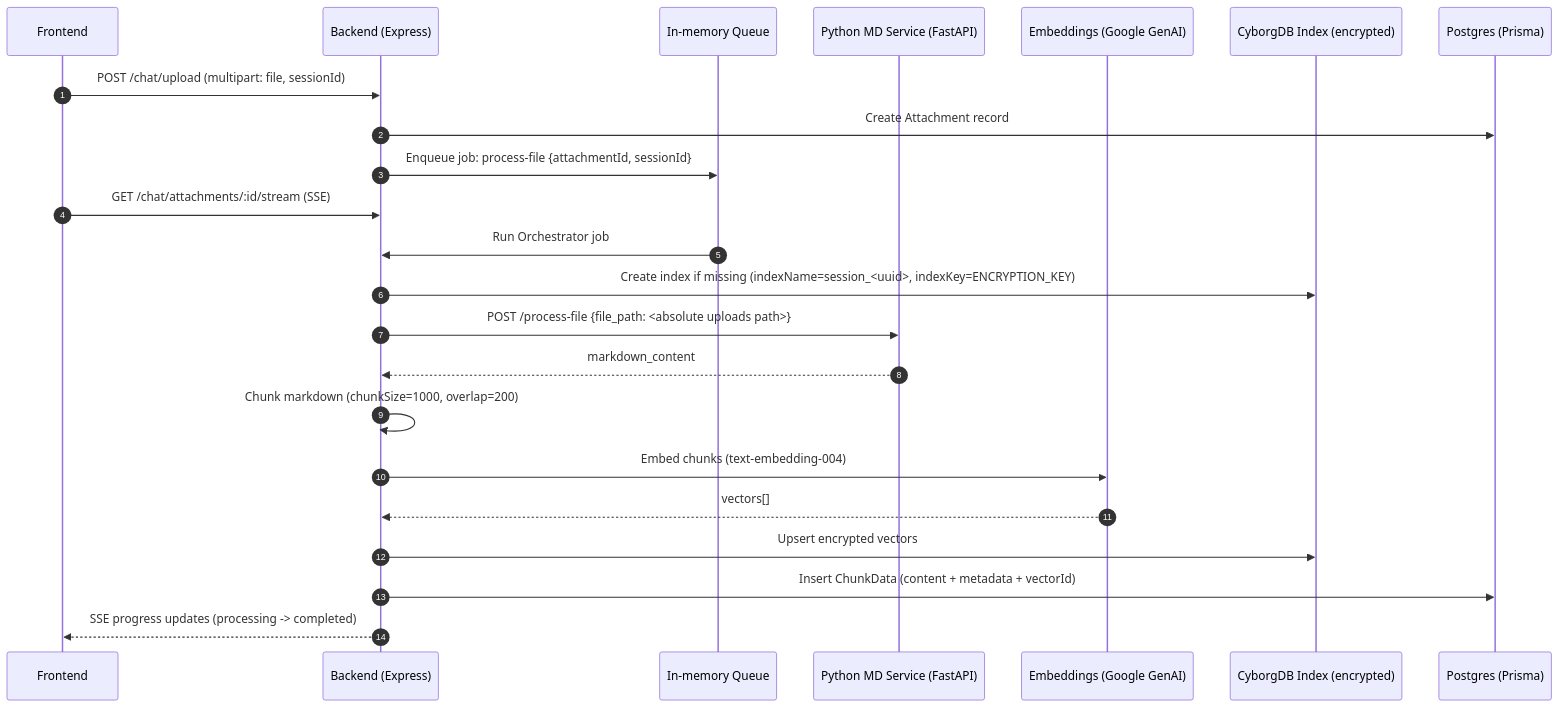
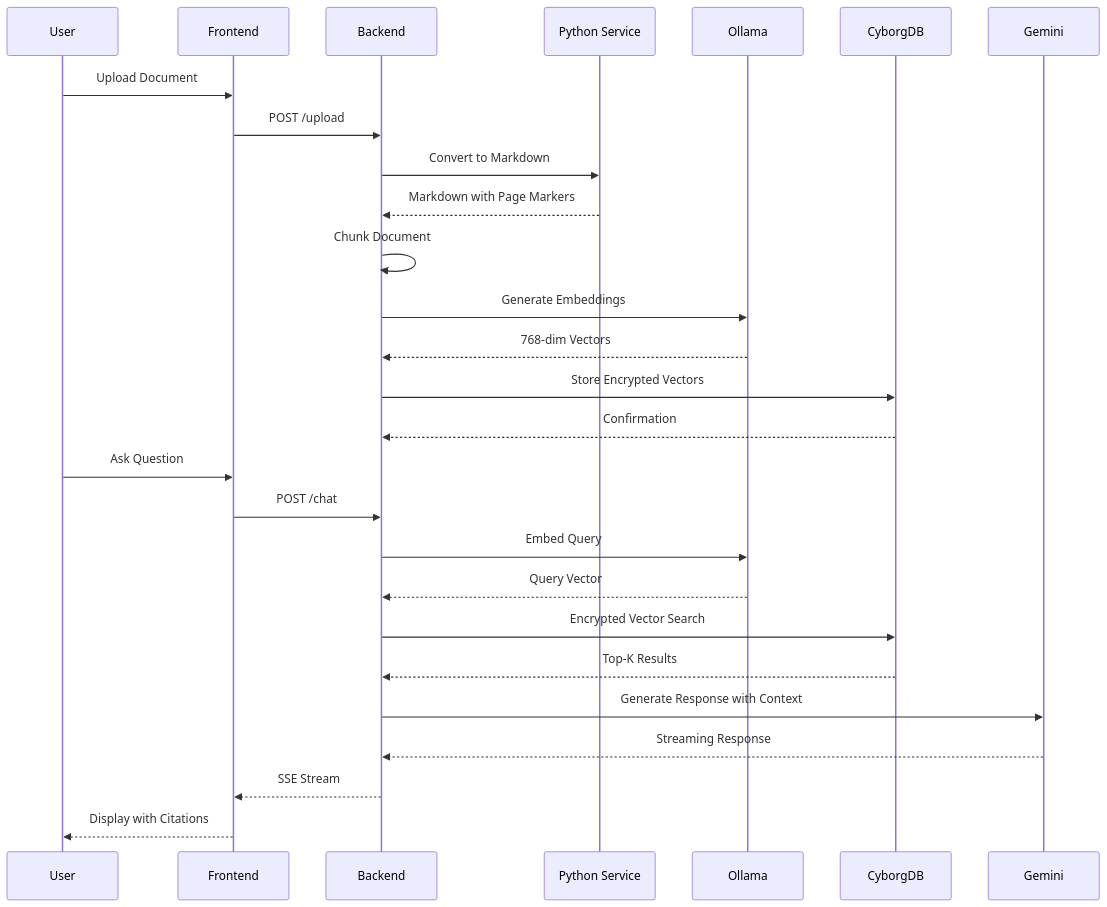
One commit to arpan-lol/Cyborg-DB changed the second of 2 diagrams in README.md. Above: the diagram before and after it, drawn with Mermaid. The commit also changed other lines of this file and 9 other files, not shown here.

````diff
--- a/README.md
+++ b/README.md
@@ -94,27 +170,31 @@
 ```mermaid
 sequenceDiagram
-  autonumber
-  participant FE as Frontend
-  participant BE as Backend (Express)
-  participant Q as In-memory Queue
-  participant MD as Python MD Service (FastAPI)
-  participant E as Embeddings (Google GenAI)
-  participant CY as CyborgDB Index (encrypted)
-  participant PG as Postgres (Prisma)
+    participant U as User
+    participant F as Frontend
+    participant B as Backend
+    participant P as Python Service
+    participant O as Ollama
+    participant C as CyborgDB
+    participant G as Gemini
 
-  FE->>BE: POST /chat/upload (multipart: file, sessionId)
-  BE->>PG: Create Attachment record
-  BE->>Q: Enqueue job: process-file {attachmentId, sessionId}
-  FE->>BE: GET /chat/attachments/:id/stream (SSE)
-
-  Q->>BE: Run Orchestrator job
-  BE->>CY: Create index if missing (indexName=session_<uuid>, indexKey=ENCRYPTION_KEY)
-  BE->>MD: POST /process-file {file_path: <absolute uploads path>}
-  MD-->>BE: markdown_content
-  BE->>BE: Chunk markdown (chunkSize=1000, overlap=200)
-  BE->>E: Embed chunks (text-embedding-004)
-  E-->>BE: vectors[]
-  BE->>CY: Upsert encrypted vectors
-  BE->>PG: Insert ChunkData (content + metadata + vectorId)
-  BE-->>FE: SSE progress updates (processing -> completed)
+    U->>F: Upload Document
+    F->>B: POST /upload
+    B->>P: Convert to Markdown
+    P-->>B: Markdown with Page Markers
+    B->>B: Chunk Document
+    B->>O: Generate Embeddings
+    O-->>B: 768-dim Vectors
+    B->>C: Store Encrypted Vectors
+    C-->>B: Confirmation
+    
+    U->>F: Ask Question
+    F->>B: POST /chat
+    B->>O: Embed Query
+    O-->>B: Query Vector
+    B->>C: Encrypted Vector Search
+    C-->>B: Top-K Results
+    B->>G: Generate Response with Context
+    G-->>B: Streaming Response
+    B-->>F: SSE Stream
+    F-->>U: Display with Citations
 ```
````
